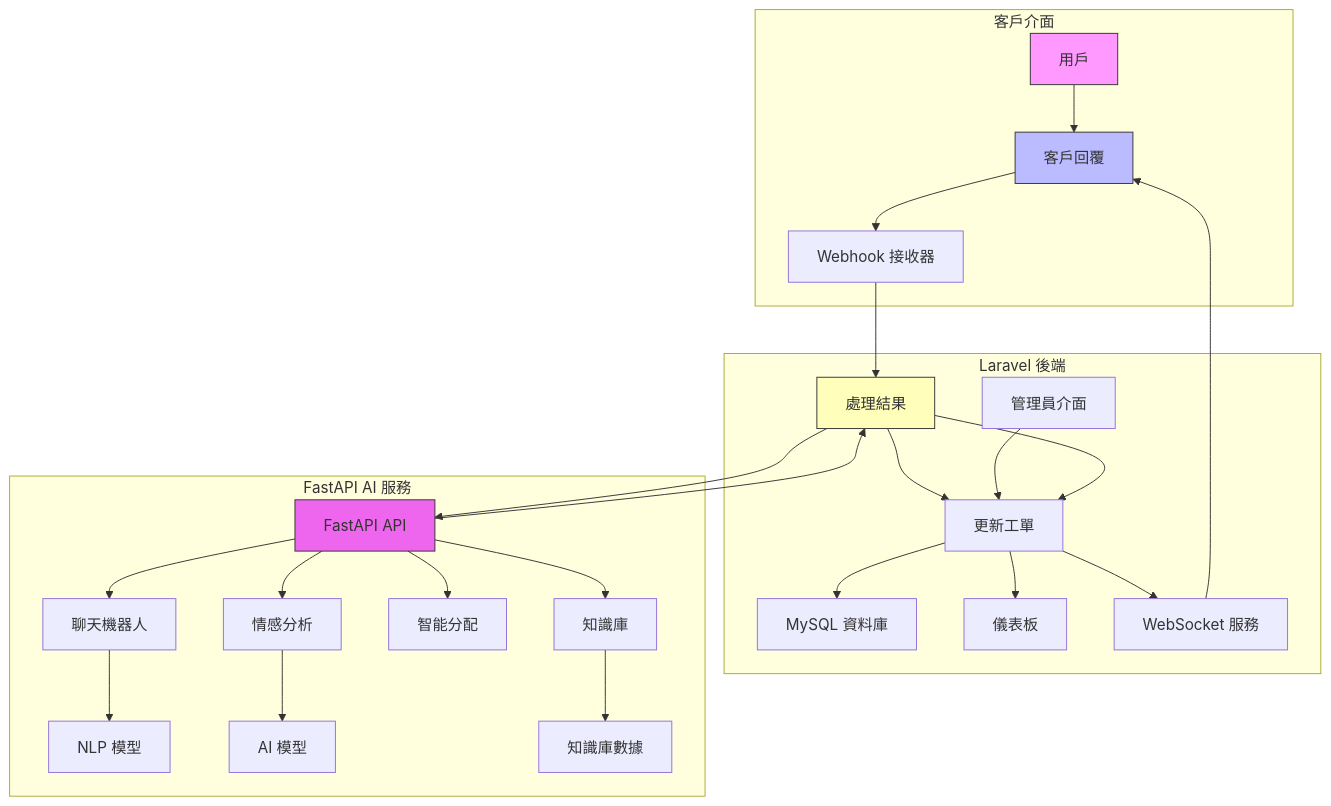
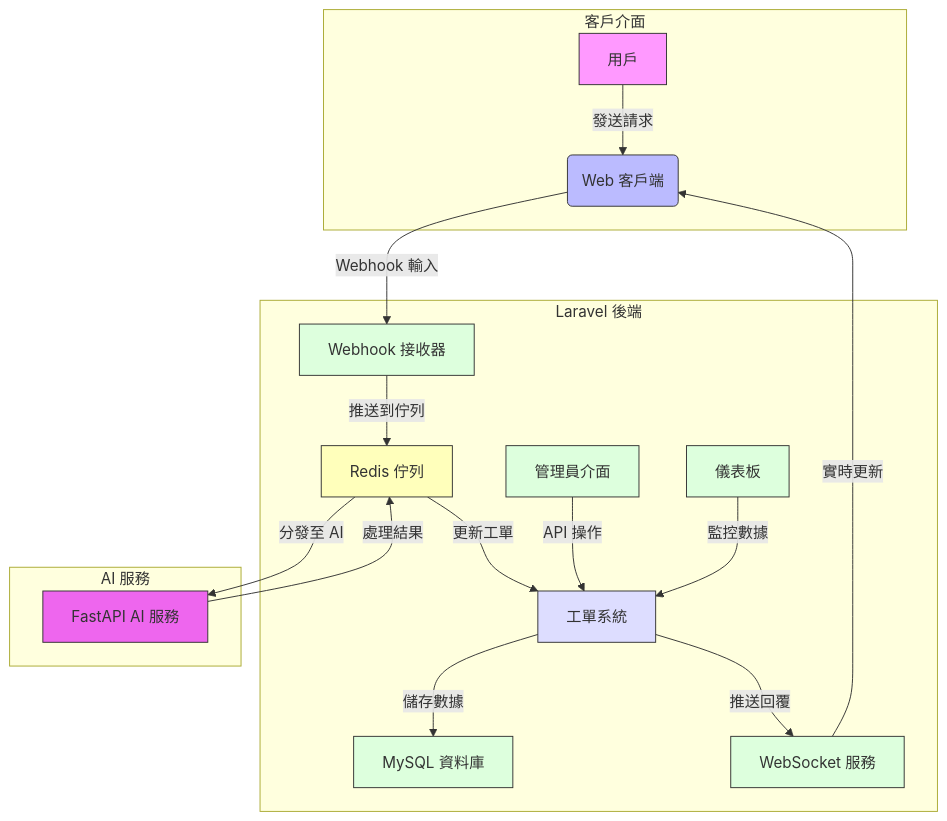
The diagram in README.md (BpsEason/smart-customer-support-system), drawn with Mermaid before and after one commit. The commit also changed other lines of this file, not shown here.

````diff
--- a/README.md
+++ b/README.md
@@ -145,36 +145,44 @@
 ```mermaid
 graph TD
+    A[用戶] -->|發送請求| B(Web 客戶端)
+    B -->|Webhook 輸入| C[Webhook 接收器]
+    C -->|推送到佇列| D[Redis 佇列]
+    D -->|分發至 AI| E[FastAPI AI 服務]
+    E -->|處理結果| D
+    D -->|更新工單| F[工單系統]
+    F -->|儲存數據| G[MySQL 資料庫]
+    F -->|推送回覆| H[WebSocket 服務]
+    H -->|實時更新| B
+    I[管理員介面] -->|API 操作| F
+    J[儀表板] -->|監控數據| F
+
     subgraph 客戶介面
-        User[用戶] --> Web[Web 客戶端]
-        Web --> Webhook[Webhook 接收器]
+        A
+        B
     end
 
     subgraph Laravel 後端
-        Webhook --> Queue[Redis 佇列]
-        Queue --> Ticket[工單系統]
-        Ticket --> DB[MySQL 資料庫]
-        Ticket --> Dashboard[儀表板]
-        Ticket --> WebSocket[WebSocket 服務]
-        Admin[管理員介面] --> Ticket
+        C
+        D
+        F
+        G
+        H
+        I
+        J
     end
 
-    subgraph FastAPI AI 服務
-        Queue --> API[FastAPI API]
-        API --> Chat[聊天機器人]
-        API --> Sentiment[情感分析]
-        API --> Dispatch[智能分配]
-        API --> KB[知識庫]
-        Chat --> NLP[NLP 模型]
-        Sentiment --> AI[AI 模型]
-        KB --> Data[知識庫數據]
+    subgraph AI 服務
+        E
     end
 
-    API --> Queue[處理結果]
-    Queue --> Ticket[更新工單]
-    WebSocket --> Web[客戶回覆]
-
-    style User fill:#f9f,stroke:#333
-    style Web fill:#bbf,stroke:#333
-    style Queue fill:#ffb,stroke:#333
-    style API fill:#e6e,stroke:#333
+    style A fill:#f9f,stroke:#333
+    style B fill:#bbf,stroke:#333
+    style C fill:#dfd,stroke:#333
+    style D fill:#ffb,stroke:#333
+    style E fill:#e6e,stroke:#333
+    style F fill:#ddf,stroke:#333
+    style G fill:#dfd,stroke:#333
+    style H fill:#dfd,stroke:#333
+    style I fill:#dfd,stroke:#333
+    style J fill:#dfd,stroke:#333
 ```
````
